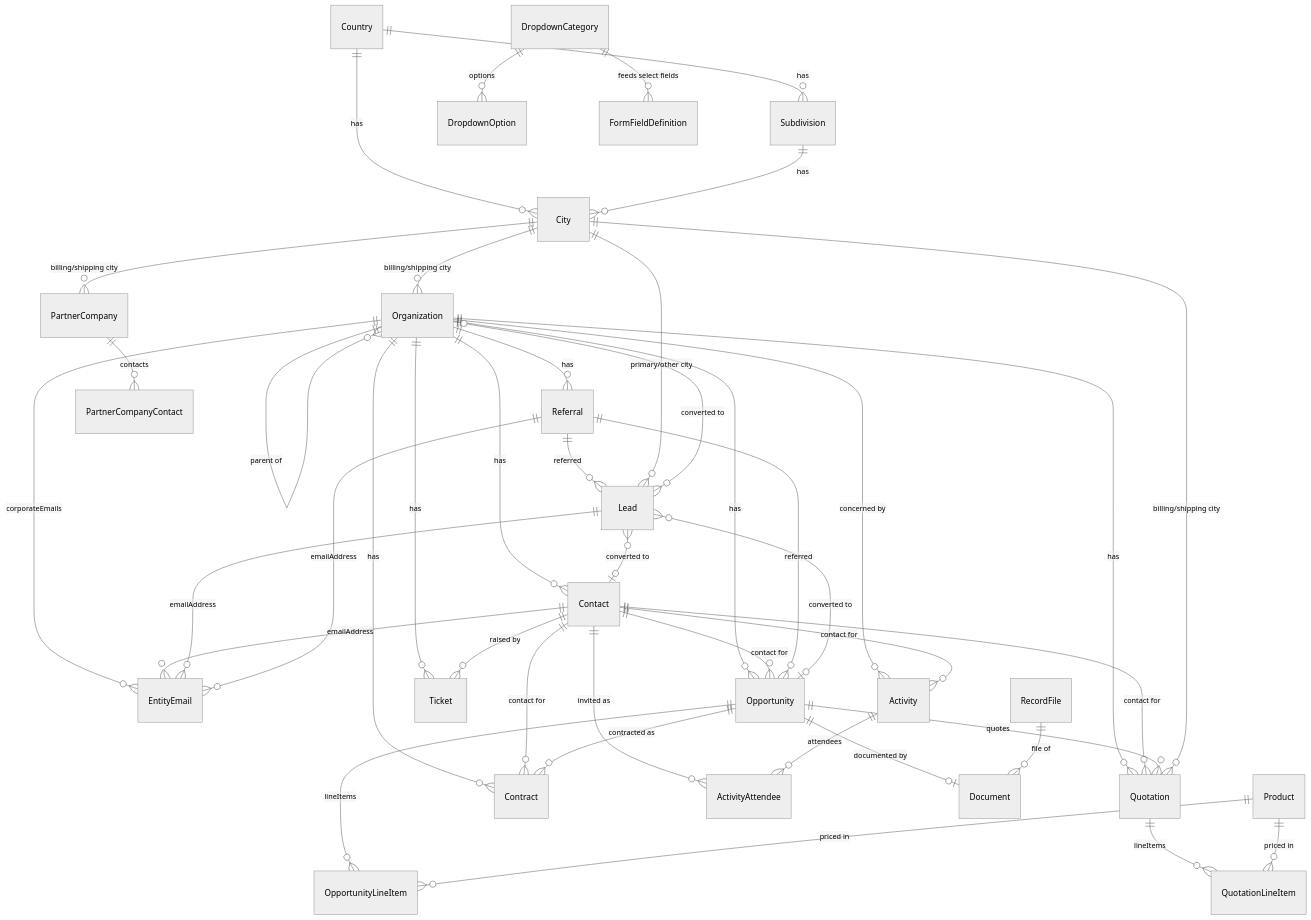
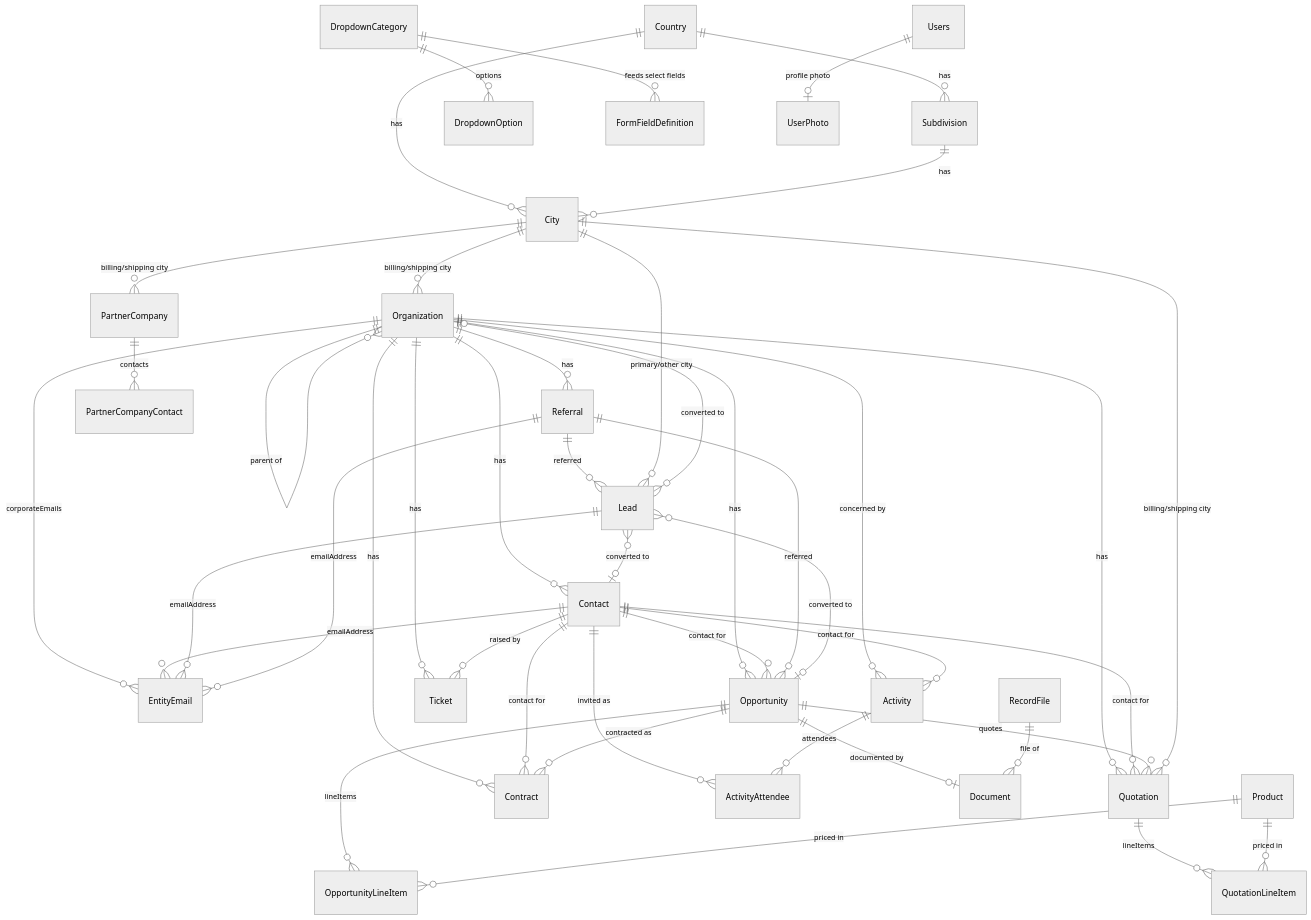
The diagram in docs/database-design.md (shivansh14503/nandini-crm), drawn with Mermaid (neutral theme) before and after one commit. The commit also changed other lines of this file and 61 other files, not shown here.

First line of the commit message:
My Profile: profile page, photo, change password and sessions (#56)

````diff
--- a/docs/database-design.md
+++ b/docs/database-design.md
@@ -76,45 +77,46 @@
 ```mermaid
 erDiagram
     Organization ||--o{ Organization : "parent of"
     Organization ||--o{ EntityEmail : "corporateEmails"
     Organization ||--o{ Contact : has
     Organization ||--o{ Opportunity : has
     Organization ||--o{ Quotation : has
     Organization ||--o{ Ticket : has
     Organization ||--o{ Contract : has
     Organization ||--o{ Activity : "concerned by"
     Organization ||--o{ Referral : has
     Contact ||--o{ EntityEmail : emailAddress
     Contact ||--o{ Opportunity : "contact for"
     Contact ||--o{ Quotation : "contact for"
     Contact ||--o{ Ticket : "raised by"
     Contact ||--o{ Contract : "contact for"
     Contact ||--o{ Activity : "contact for"
     Contact ||--o{ ActivityAttendee : "invited as"
     Activity ||--o{ ActivityAttendee : attendees
     Lead ||--o{ EntityEmail : emailAddress
     Referral ||--o{ EntityEmail : emailAddress
     Referral ||--o{ Lead : "referred"
     Referral ||--o{ Opportunity : "referred"
     Lead }o--o| Organization : "converted to"
     Lead }o--o| Contact : "converted to"
     Lead }o--o| Opportunity : "converted to"
     Opportunity ||--o{ OpportunityLineItem : lineItems
     Opportunity ||--o{ Quotation : quotes
     Opportunity ||--o{ Contract : "contracted as"
     Opportunity ||--o| Document : "documented by"
     RecordFile ||--o{ Document : "file of"
     Quotation ||--o{ QuotationLineItem : lineItems
     Product ||--o{ OpportunityLineItem : "priced in"
     Product ||--o{ QuotationLineItem : "priced in"
     PartnerCompany ||--o{ PartnerCompanyContact : contacts
     Country ||--o{ Subdivision : has
     Country ||--o{ City : has
     Subdivision ||--o{ City : has
     City ||--o{ Organization : "billing/shipping city"
     City ||--o{ Lead : "primary/other city"
     City ||--o{ Quotation : "billing/shipping city"
     City ||--o{ PartnerCompany : "billing/shipping city"
     DropdownCategory ||--o{ DropdownOption : options
     DropdownCategory ||--o{ FormFieldDefinition : "feeds select fields"
+    Users ||--o| UserPhoto : "profile photo"
 ```
````
